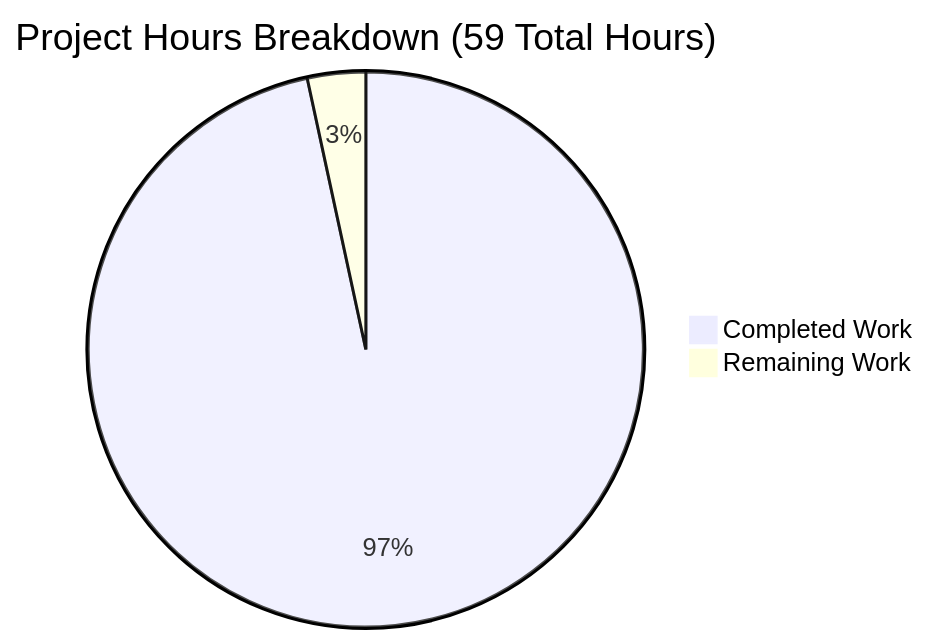
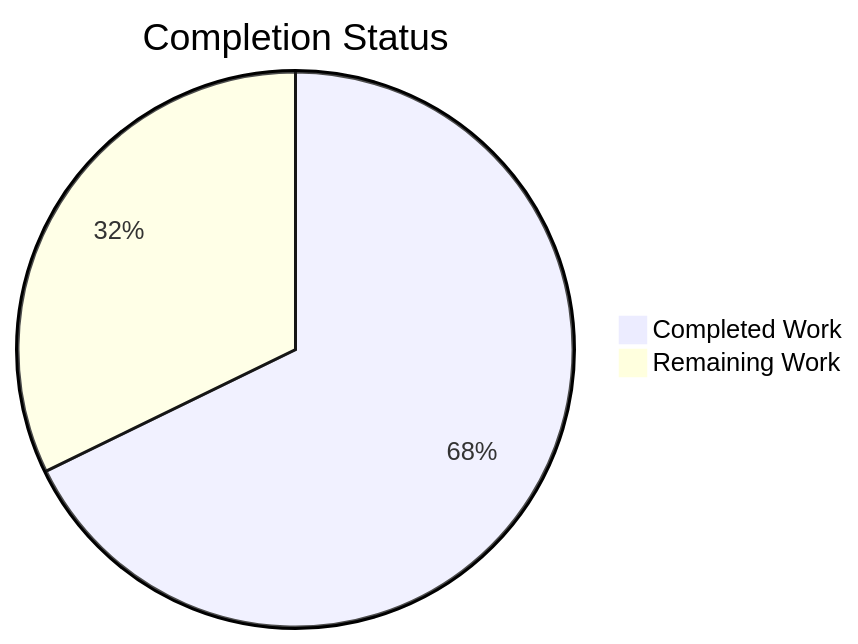
One commit to lakshya-blitzy/hello_world_Oct_2025 changed the second of 2 diagrams in blitzy/documentation/Project Guide.md. Above: the diagram before and after it, drawn with Mermaid. The commit also changed other lines of this file, not shown here.

Commit message:
Adding Blitzy Project Guide: Project Status and Human Tasks Remaining

````diff
--- a/blitzy/documentation/Project Guide.md
+++ b/blitzy/documentation/Project Guide.md
@@ -41,5 +149,5 @@
 ```mermaid
-pie title Project Hours Breakdown (59 Total Hours)
-    "Completed Work" : 57
-    "Remaining Work" : 2
+pie title Completion Status
+    "Completed Work" : 30.5
+    "Remaining Work" : 14.5
 ```
````
